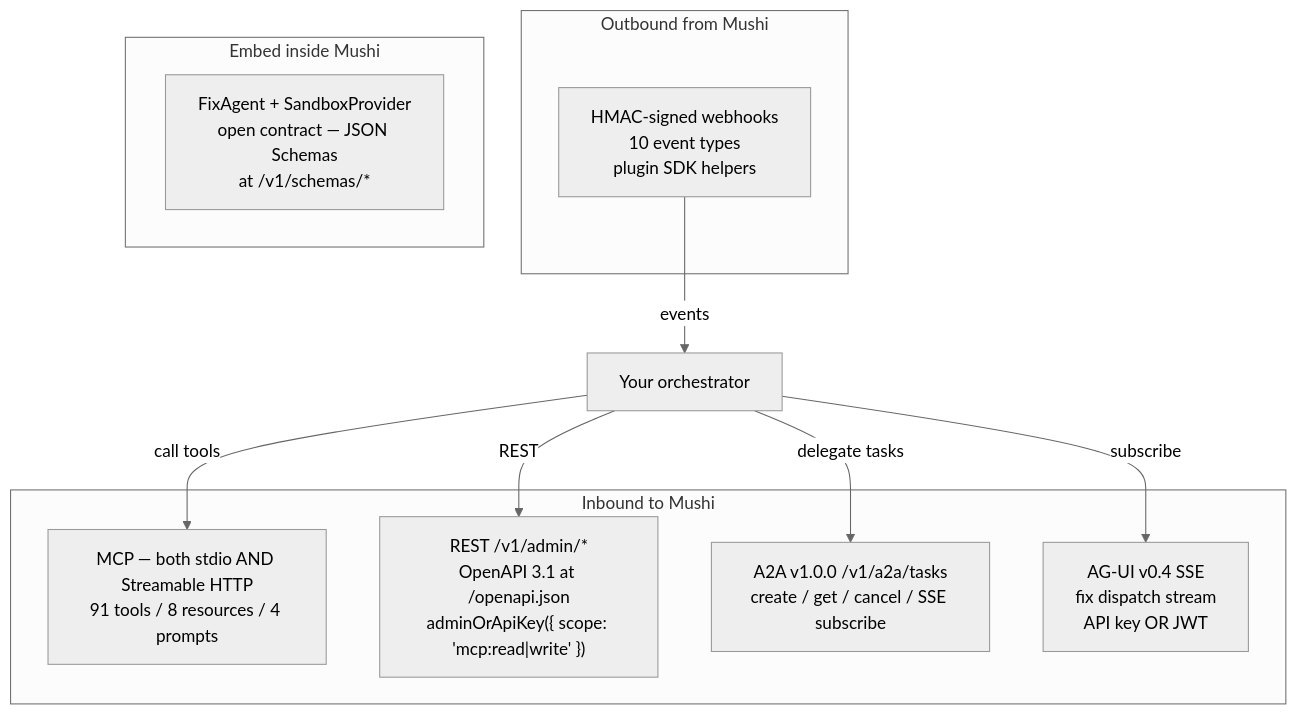
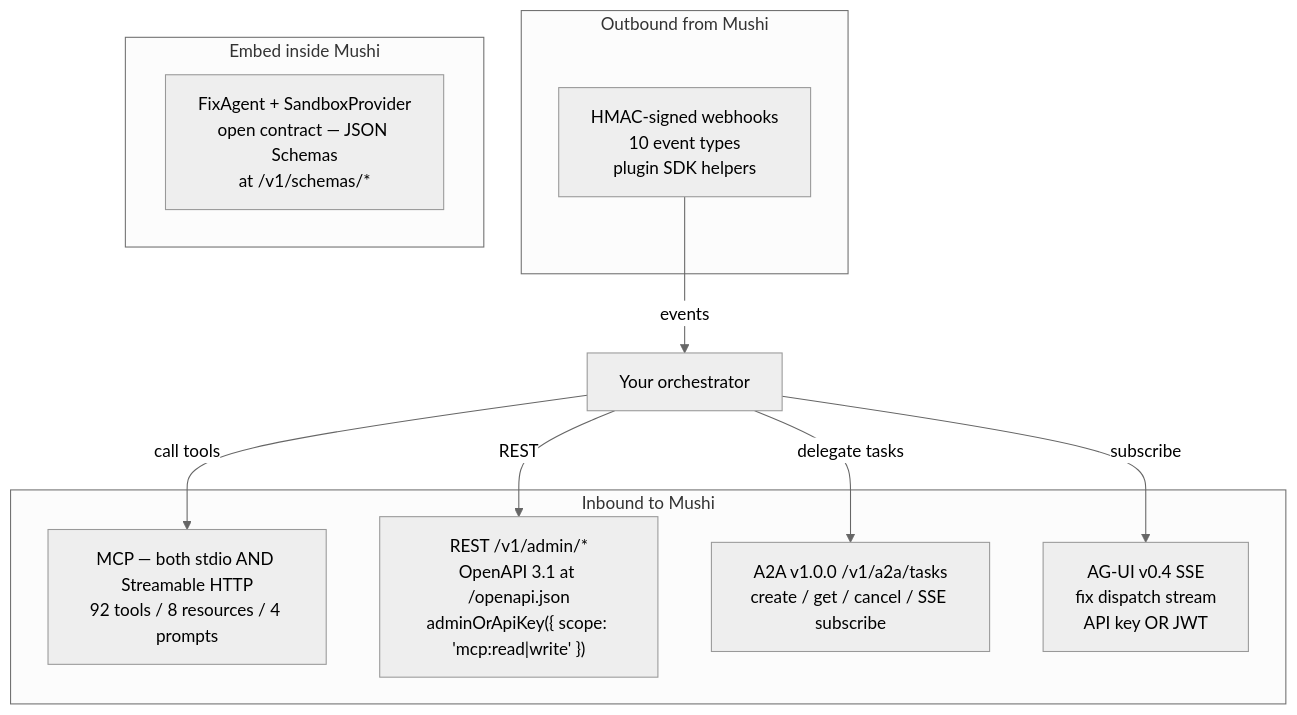
Before and after one commit to kensaurus/mushi-mushi: the diagram in apps/docs/content/concepts/orchestrator-interop.mdx, drawn with Mermaid (neutral theme). The commit also changed other lines of this file and 43 other files, not shown here.

````diff
--- a/apps/docs/content/concepts/orchestrator-interop.mdx
+++ b/apps/docs/content/concepts/orchestrator-interop.mdx
@@ -32,20 +32,20 @@
 ```mermaid
 flowchart TB
   subgraph Inbound["Inbound to Mushi"]
-    MCP["MCP — both stdio AND Streamable HTTP<br/>91 tools / 8 resources / 4 prompts"]
+    MCP["MCP — both stdio AND Streamable HTTP<br/>92 tools / 8 resources / 4 prompts"]
     REST["REST /v1/admin/*<br/>OpenAPI 3.1 at /openapi.json<br/>adminOrApiKey({ scope: 'mcp:read|write' })"]
     A2A["A2A v1.0.0 /v1/a2a/tasks<br/>create / get / cancel / SSE subscribe"]
     AGUI["AG-UI v0.4 SSE<br/>fix dispatch stream<br/>API key OR JWT"]
   end
   subgraph Outbound["Outbound from Mushi"]
     Hooks["HMAC-signed webhooks<br/>10 event types<br/>plugin SDK helpers"]
   end
   subgraph Native["Embed inside Mushi"]
     FA["FixAgent + SandboxProvider<br/>open contract — JSON Schemas<br/>at /v1/schemas/*"]
   end
   Orch["Your orchestrator"] -->|"call tools"| MCP
   Orch -->|"REST"| REST
   Orch -->|"delegate tasks"| A2A
   Orch -->|"subscribe"| AGUI
   Hooks -->|"events"| Orch
 ```
````
